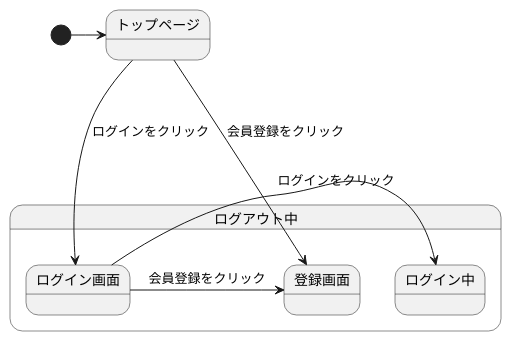
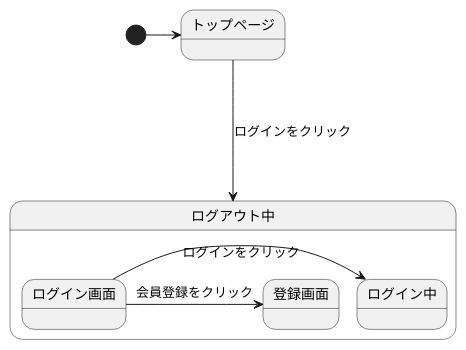
One commit to Aso2001409/2021sys-design changed the diagram in gamen2.md. Above: the diagram before and after it, drawn with PlantUML.

````diff
--- a/gamen2.md
+++ b/gamen2.md
@@ -1,14 +1,14 @@
 ```uml
 @startuml
 [*]->トップページ
+  トップページ--->ログアウト中 :ログインをクリック
 state ログアウト中{
-  トップページ--->ログイン画面 :ログインをクリック
-  トップページ-->登録画面 :会員登録をクリック
+
   ログイン画面->ログイン中 :ログインをクリック
   ログイン画面->登録画面 :会員登録をクリック
 }
 state ログイン中{
   
   }
 @enduml
 ```
````
